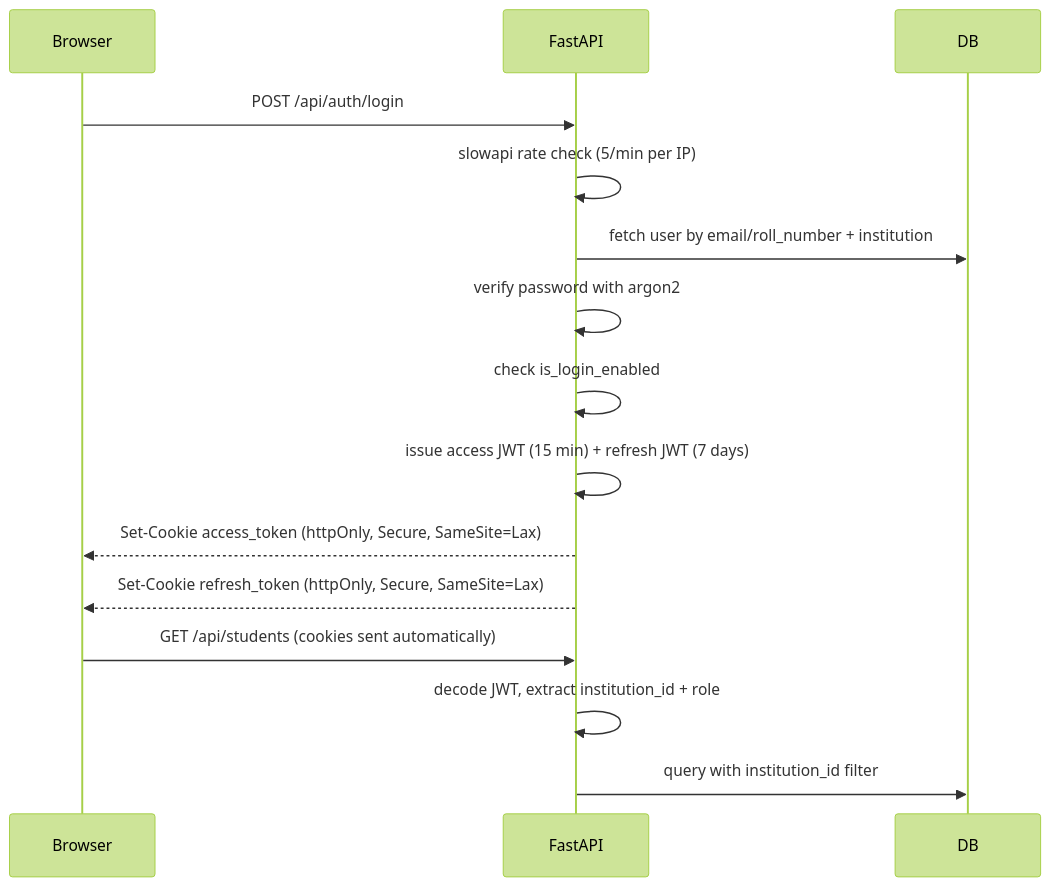
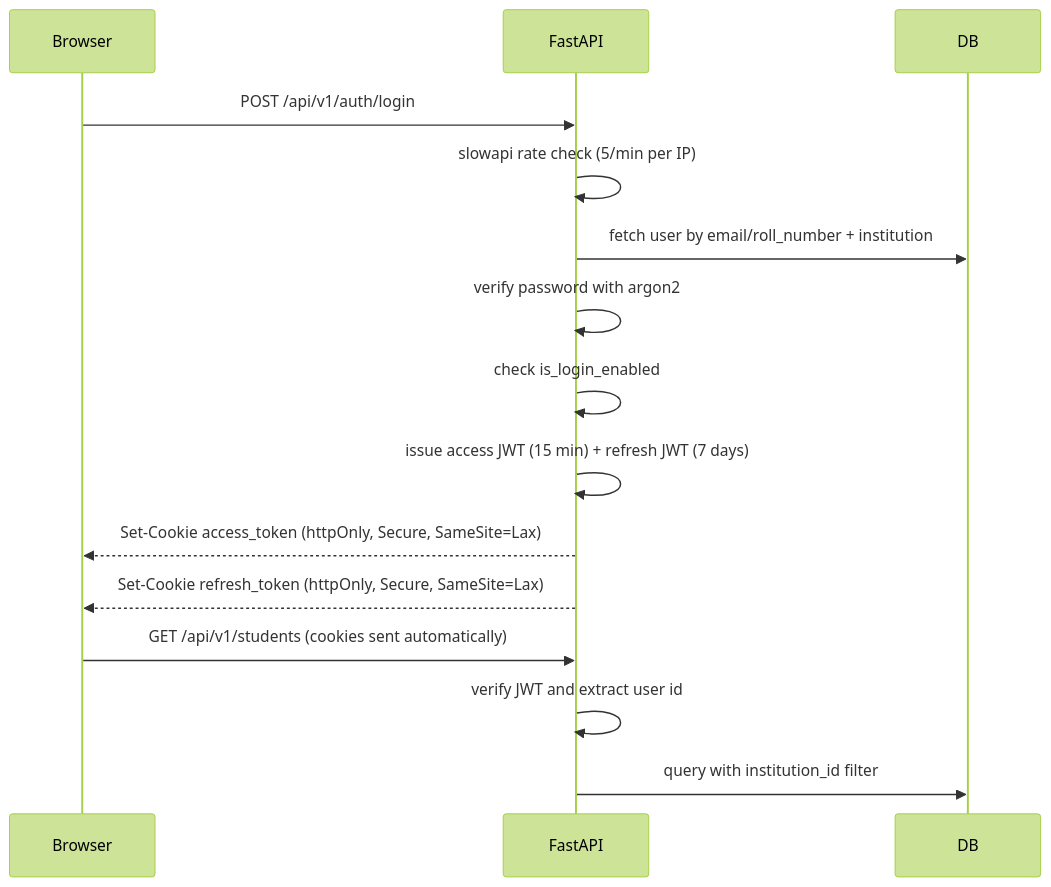
One commit to teamoptimadev/scholar-pulse changed the diagram in docs/security.md. Above: the diagram before and after it, drawn with Mermaid (forest theme). The commit also changed other lines of this file and 9 other files, not shown here.

````diff
--- a/docs/security.md
+++ b/docs/security.md
@@ -19,18 +19,18 @@
 ```mermaid
 sequenceDiagram
     participant Browser
     participant FastAPI
     participant DB
 
-    Browser->>FastAPI: POST /api/auth/login
+    Browser->>FastAPI: POST /api/v1/auth/login
     FastAPI->>FastAPI: slowapi rate check (5/min per IP)
     FastAPI->>DB: fetch user by email/roll_number + institution
     FastAPI->>FastAPI: verify password with argon2
     FastAPI->>FastAPI: check is_login_enabled
     FastAPI->>FastAPI: issue access JWT (15 min) + refresh JWT (7 days)
     FastAPI-->>Browser: Set-Cookie access_token (httpOnly, Secure, SameSite=Lax)
     FastAPI-->>Browser: Set-Cookie refresh_token (httpOnly, Secure, SameSite=Lax)
-    Browser->>FastAPI: GET /api/students (cookies sent automatically)
-    FastAPI->>FastAPI: decode JWT, extract institution_id + role
+    Browser->>FastAPI: GET /api/v1/students (cookies sent automatically)
+    FastAPI->>FastAPI: verify JWT and extract user id
     FastAPI->>DB: query with institution_id filter
 ```
````
